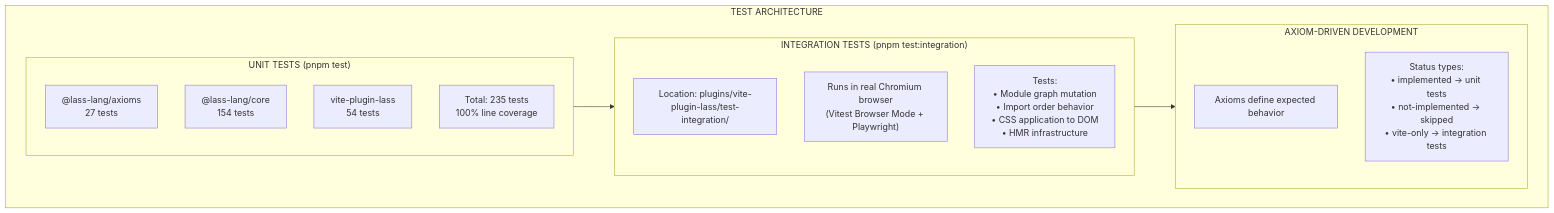
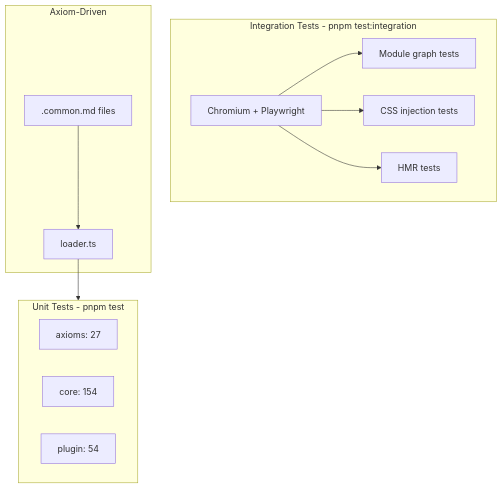
Before and after one commit to lass-lang/docs: the sixth of 8 diagrams in diagrams/architecture-diagram.md, drawn with Mermaid. The commit also changed other lines of this file, not shown here.

First line of the commit message:
refactor: convert ASCII diagrams to clean Mermaid format

````diff
--- a/diagrams/architecture-diagram.md
+++ b/diagrams/architecture-diagram.md
@@ -181,24 +121,26 @@
 ```mermaid
 flowchart TB
-    subgraph Tests["TEST ARCHITECTURE"]
-        subgraph Unit["UNIT TESTS (pnpm test)"]
-            U_AXIOMS["@lass-lang/axioms<br/>27 tests"]
-            U_CORE["@lass-lang/core<br/>154 tests"]
-            U_PLUGIN["vite-plugin-lass<br/>54 tests"]
-            U_TOTAL["Total: 235 tests<br/>100% line coverage"]
-        end
-
-        subgraph Integration["INTEGRATION TESTS (pnpm test:integration)"]
-            I_LOC["Location: plugins/vite-plugin-lass/test-integration/"]
-            I_BROWSER["Runs in real Chromium browser<br/>(Vitest Browser Mode + Playwright)"]
-            I_TESTS["Tests:<br/>• Module graph mutation<br/>• Import order behavior<br/>• CSS application to DOM<br/>• HMR infrastructure"]
-        end
-
-        subgraph Axioms["AXIOM-DRIVEN DEVELOPMENT"]
-            A_DESC["Axioms define expected behavior"]
-            A_STATUS["Status types:<br/>• implemented → unit tests<br/>• not-implemented → skipped<br/>• vite-only → integration tests"]
-        end
+    subgraph unit[Unit Tests - pnpm test]
+        axioms_t[axioms: 27]
+        core_t[core: 154]
+        plugin_t[plugin: 54]
     end
 
-    Unit --> Integration --> Axioms
+    subgraph integration[Integration Tests - pnpm test:integration]
+        browser[Chromium + Playwright]
+        module_graph[Module graph tests]
+        css_tests[CSS injection tests]
+        hmr_tests[HMR tests]
+    end
+
+    subgraph fixtures[Axiom-Driven]
+        md[".common.md files"]
+        loader[loader.ts]
+        md --> loader
+    end
+
+    loader --> unit
+    browser --> module_graph
+    browser --> css_tests
+    browser --> hmr_tests
 ```
````
